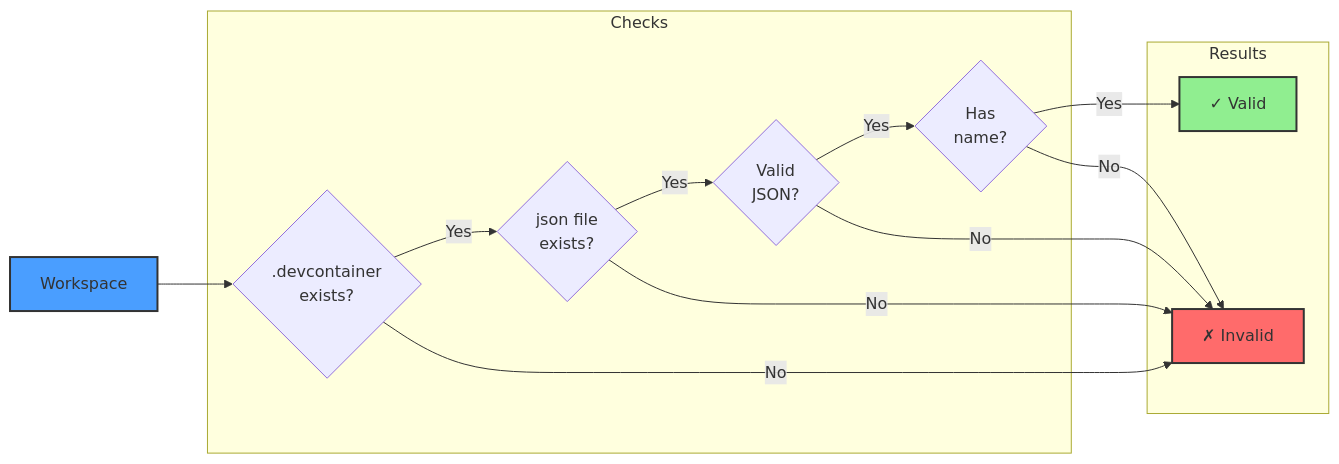
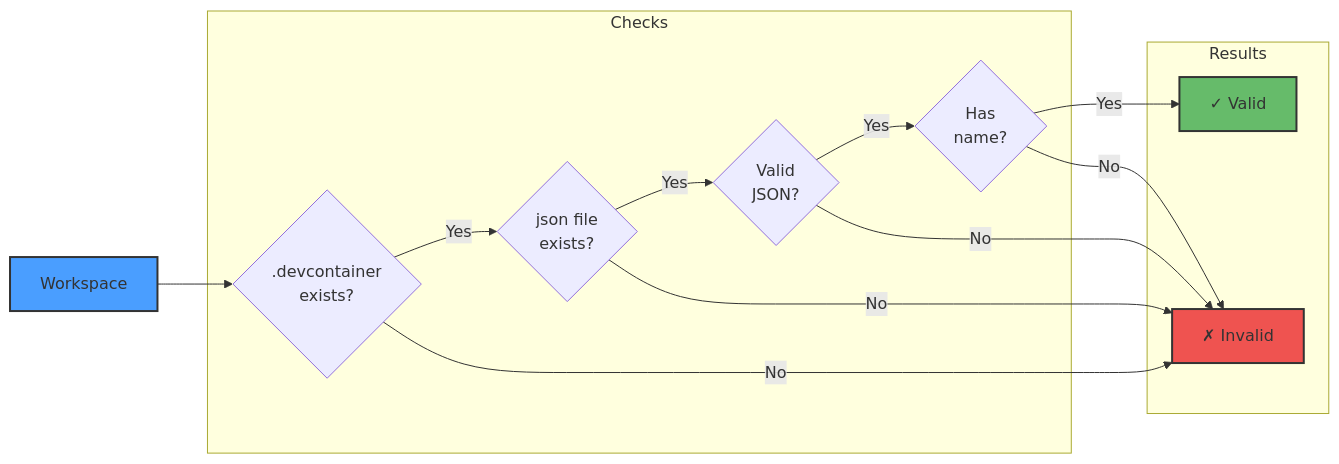
The second of 2 diagrams in sparc/3-architecture/diagrams/03-workspace-detection.md (ManuelKugelmann/BitBot), drawn with Mermaid before and after one commit. The commit also changed other lines of this file and 6 other files, not shown here.

First line of the commit message:
Improve diagram colors for better dark text contrast

````diff
--- a/sparc/3-architecture/diagrams/03-workspace-detection.md
+++ b/sparc/3-architecture/diagrams/03-workspace-detection.md
@@ -127,30 +127,30 @@
 ```mermaid
 flowchart LR
     WORKSPACE[Workspace]
 
     subgraph CHK["Checks"]
         EXISTS{.devcontainer<br/>exists?}
         JSON{json file<br/>exists?}
         VALID_JSON{Valid<br/>JSON?}
         HAS_NAME{Has<br/>name?}
     end
 
     subgraph RES["Results"]
         PASS[✓ Valid]
         FAIL[✗ Invalid]
     end
 
     WORKSPACE --> EXISTS
     EXISTS -->|Yes| JSON
     EXISTS -->|No| FAIL
     JSON -->|Yes| VALID_JSON
     JSON -->|No| FAIL
     VALID_JSON -->|Yes| HAS_NAME
     VALID_JSON -->|No| FAIL
     HAS_NAME -->|Yes| PASS
     HAS_NAME -->|No| FAIL
 
     style WORKSPACE fill:#4a9eff,stroke:#333,stroke-width:2px
-    style PASS fill:#90ee90,stroke:#333,stroke-width:2px
-    style FAIL fill:#ff6b6b,stroke:#333,stroke-width:2px
+    style PASS fill:#66bb6a,stroke:#333,stroke-width:2px
+    style FAIL fill:#ef5350,stroke:#333,stroke-width:2px
 ```
````
